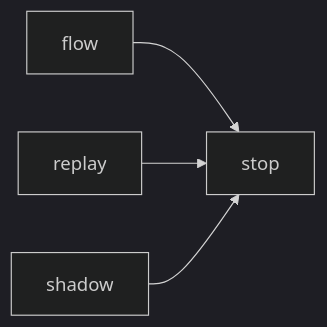
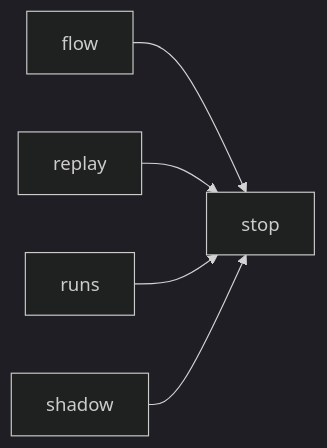
Before and after one commit to plaplanche/ariane: the second of 2 diagrams in docs/architecture/modules/stop.md, drawn with Mermaid (dark theme). The commit also changed 12 other files, not shown here.

````diff
--- a/docs/architecture/modules/stop.md
+++ b/docs/architecture/modules/stop.md
@@ -39,6 +39,7 @@
 ```mermaid
 flowchart LR
   flow --> stop
   replay --> stop
+  runs --> stop
   shadow --> stop
 ```
````
